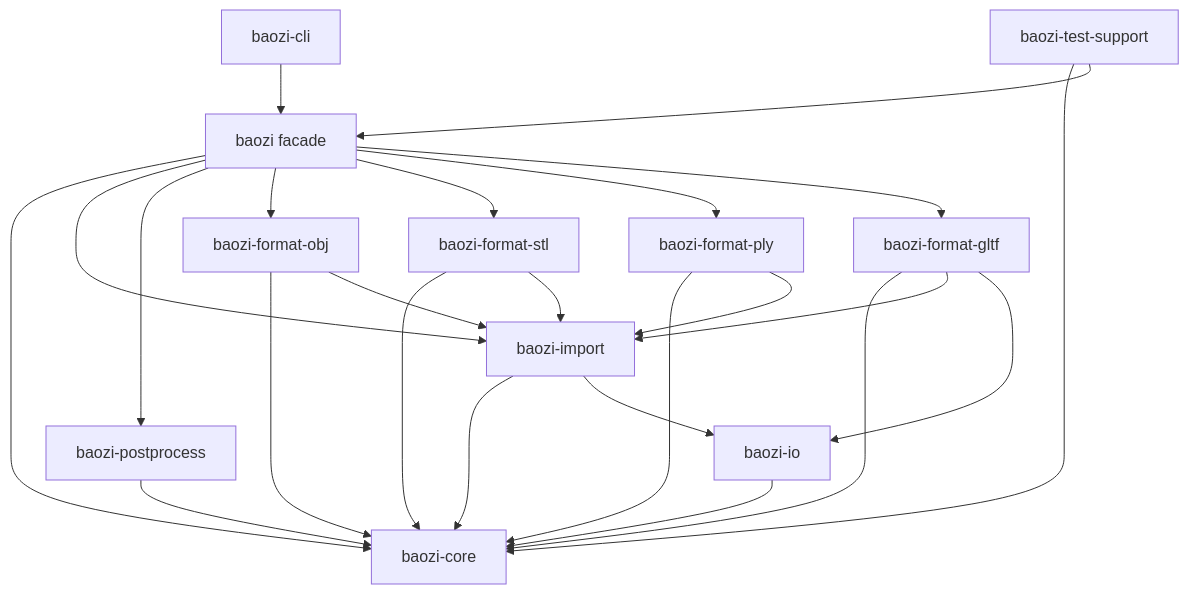
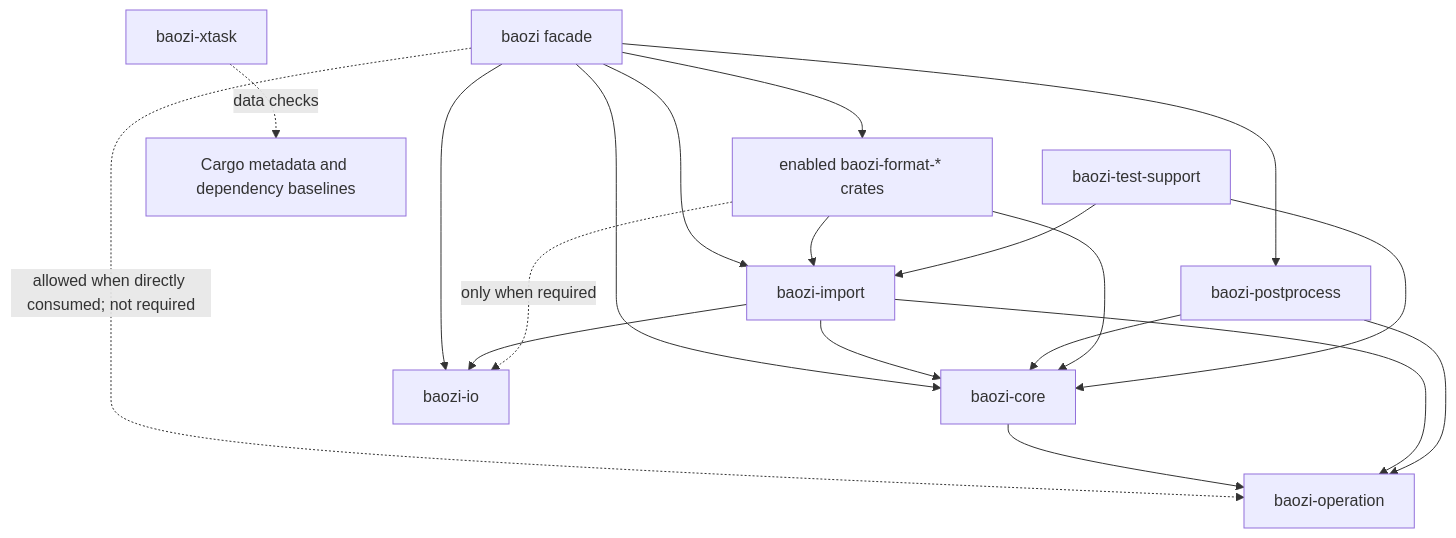
Before and after one commit to Latias94/baozi: the diagram in docs/adr/0007-workspace-crate-graph-feature-flags-msrv-and-ci-gates.md, drawn with Mermaid. The commit also changed other lines of this file and 978 other files, not shown here.

````diff
--- a/docs/adr/0007-workspace-crate-graph-feature-flags-msrv-and-ci-gates.md
+++ b/docs/adr/0007-workspace-crate-graph-feature-flags-msrv-and-ci-gates.md
@@ -51,29 +60,21 @@
 ```mermaid
 flowchart TD
     Facade[baozi facade] --> Core[baozi-core]
+    Facade --> IO[baozi-io]
     Facade --> Import[baozi-import]
+    Facade -. allowed when directly consumed; not required .-> Operation[baozi-operation]
     Facade --> Post[baozi-postprocess]
-    Facade --> Obj[baozi-format-obj]
-    Facade --> Stl[baozi-format-stl]
-    Facade --> Ply[baozi-format-ply]
-    Facade --> Gltf[baozi-format-gltf]
-
+    Facade --> Formats[enabled baozi-format-* crates]
+    Core --> Operation
     Import --> Core
-    Import --> Io[baozi-io]
+    Import --> IO
+    Import --> Operation
     Post --> Core
-    Io --> Core
-
-    Obj --> Core
-    Obj --> Import
-    Stl --> Core
-    Stl --> Import
-    Ply --> Core
-    Ply --> Import
-    Gltf --> Core
-    Gltf --> Import
-    Gltf --> Io
-
-    Cli[baozi-cli] --> Facade
+    Post --> Operation
+    Formats --> Core
+    Formats --> Import
+    Formats -. only when required .-> IO
+    Xtask[baozi-xtask] -. data checks .-> Workspace[Cargo metadata and dependency baselines]
     Test[baozi-test-support] --> Core
-    Test --> Facade
+    Test --> Import
 ```
````
